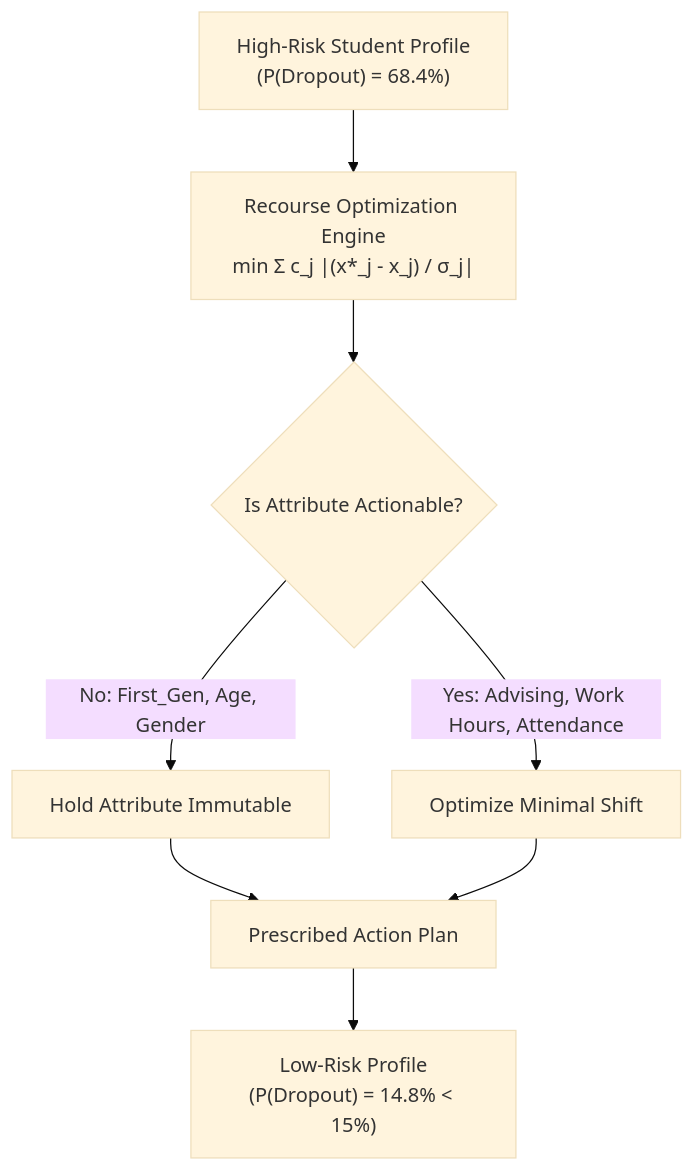
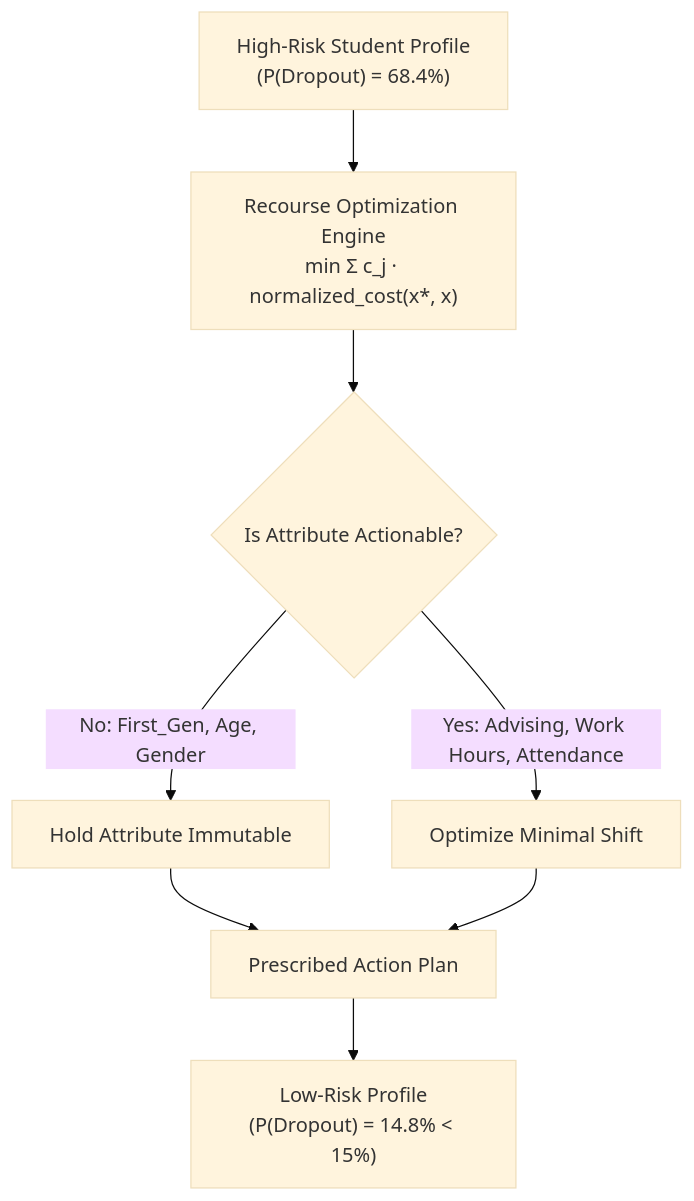
The eighth of 11 diagrams in README.md (HarshkumarG007/SSIF), drawn with Mermaid (base theme) before and after one commit. The commit also changed other lines of this file, not shown here.

Commit message:
fix(docs): resolve GitHub Mermaid parsing errors and LaTeX math escapes in README.md

````diff
--- a/README.md
+++ b/README.md
@@ -510,10 +511,10 @@
 ```mermaid
 graph TD
-    A["High-Risk Student Profile<br/>(P(Dropout) = 68.4%)"] --> B["Recourse Optimization Engine<br/>min Σ c_j |(x*_j - x_j) / σ_j|"]
+    A["High-Risk Student Profile<br/>(P(Dropout) = 68.4%)"] --> B["Recourse Optimization Engine<br/>min Σ c_j · normalized_cost(x*, x)"]
     B --> C{"Is Attribute Actionable?"}
-    C -->|No: First_Gen, Age, Gender| D["Hold Attribute Immutable"]
-    C -->|Yes: Advising, Work Hours, Attendance| E["Optimize Minimal Shift"]
+    C -->|"No: First_Gen, Age, Gender"| D["Hold Attribute Immutable"]
+    C -->|"Yes: Advising, Work Hours, Attendance"| E["Optimize Minimal Shift"]
     D --> F["Prescribed Action Plan"]
     E --> F
     F --> G["Low-Risk Profile<br/>(P(Dropout) = 14.8% < 15%)"]
 ```
````
